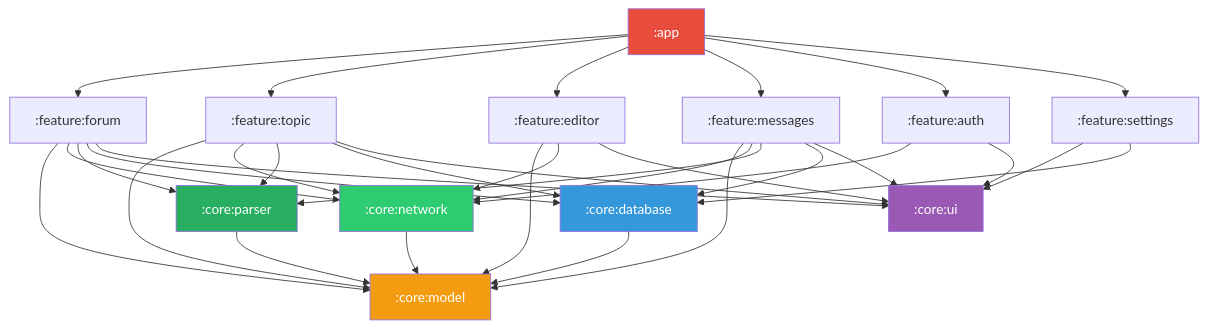
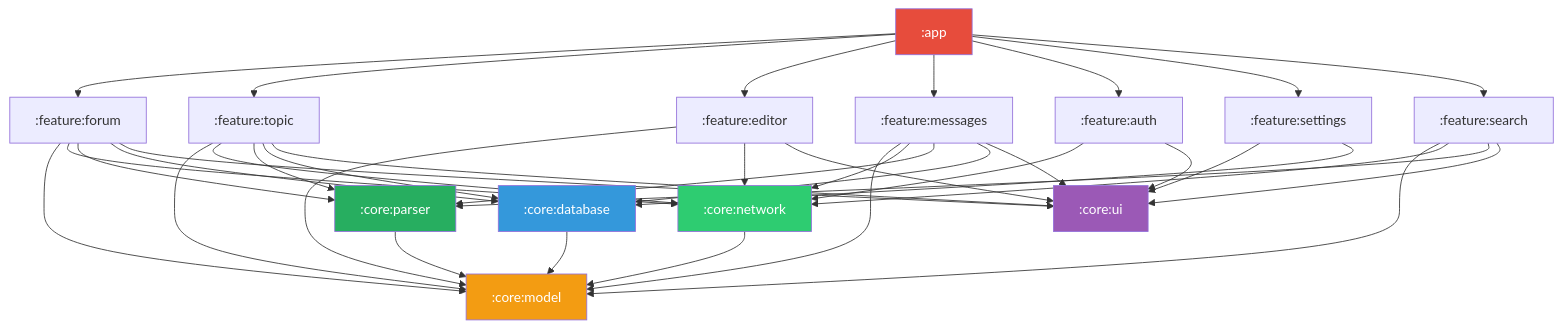
One commit to ForumHFR/redface2 changed the second of 3 diagrams in docs/architecture.md. Above: the diagram before and after it, drawn with Mermaid. The commit also changed other lines of this file and 7 other files, not shown here.

First line of the commit message:
fix(spec): apply architecture audit — 24 corrections across all spec pages

````diff
--- a/docs/architecture.md
+++ b/docs/architecture.md
@@ -50,48 +50,54 @@
 ```mermaid
 graph TB
     APP[":app"] --> FF[":feature:forum"]
     APP --> FT[":feature:topic"]
     APP --> FE[":feature:editor"]
     APP --> FM[":feature:messages"]
     APP --> FA[":feature:auth"]
     APP --> FS[":feature:settings"]
+    APP --> FSR[":feature:search"]
 
     FF --> CM[":core:model"]
     FF --> CN[":core:network"]
     FF --> CP[":core:parser"]
     FF --> CD[":core:database"]
     FF --> CU[":core:ui"]
 
     FT --> CM
     FT --> CN
     FT --> CP
     FT --> CD
     FT --> CU
 
     FE --> CM
     FE --> CN
     FE --> CU
 
     FM --> CM
     FM --> CN
     FM --> CP
     FM --> CD
     FM --> CU
 
     FA --> CN
     FA --> CU
 
     FS --> CU
     FS --> CD
 
+    FSR --> CM
+    FSR --> CN
+    FSR --> CP
+    FSR --> CU
+
     CN --> CM
     CP --> CM
     CD --> CM
 
     style APP fill:#e74c3c,color:#fff
     style CM fill:#f39c12,color:#fff
     style CN fill:#2ecc71,color:#fff
     style CP fill:#27ae60,color:#fff
     style CD fill:#3498db,color:#fff
     style CU fill:#9b59b6,color:#fff
 ```
````
